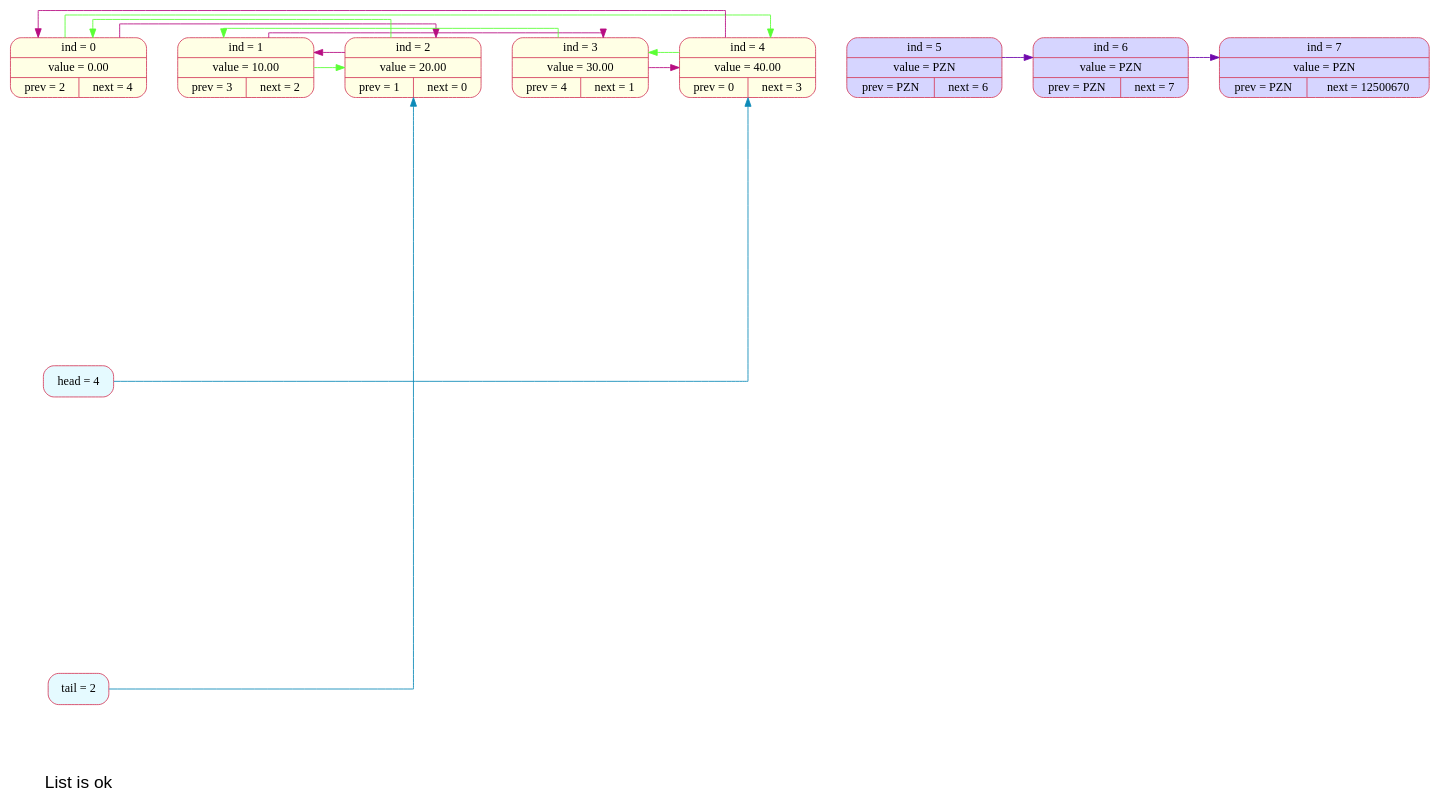
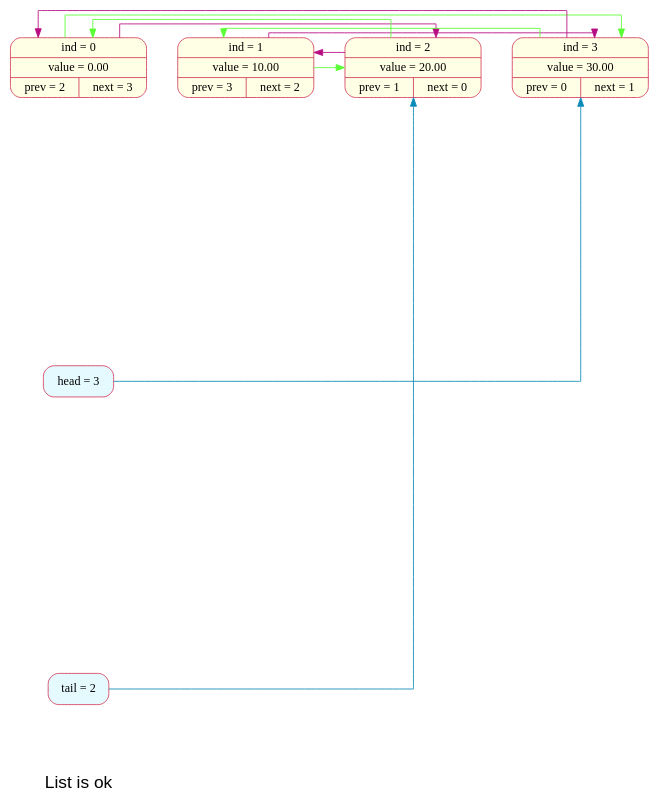
Before and after one commit to Pshonechka/List: the diagram in graph_4.dot, drawn with Graphviz. The commit also changed 21 other files, not shown here.

```diff
--- a/graph_4.dot
+++ b/graph_4.dot
@@ -1,42 +1,30 @@
 digraph G {
 	header [shape=plaintext, label = "List is ok", fontsize = 20, fontname = Arial, fontcolor="#000000ff"];
 	graph [splines=ortho];
 	nodesep=1.0;
 	rankdir=LR;
-	node_0 [rank=1; shape=Mrecord; style=filled; fillcolor="#ffffe5ff"; color = "#d44060ff"; label=" ind = 0 | value = 0.00 |{prev = 2 | next = 4}"];
+	node_0 [rank=1; shape=Mrecord; style=filled; fillcolor="#ffffe5ff"; color = "#d44060ff"; label=" ind = 0 | value = 0.00 |{prev = 2 | next = 3}"];
 	node_1 [rank=1; shape=Mrecord; style=filled; fillcolor="#ffffe5ff"; color = "#d44060ff"; label=" ind = 1 | value = 10.00 |{prev = 3 | next = 2}"];
 	node_2 [rank=1; shape=Mrecord; style=filled; fillcolor="#ffffe5ff"; color = "#d44060ff"; label=" ind = 2 | value = 20.00 |{prev = 1 | next = 0}"];
-	node_3 [rank=1; shape=Mrecord; style=filled; fillcolor="#ffffe5ff"; color = "#d44060ff"; label=" ind = 3 | value = 30.00 |{prev = 4 | next = 1}"];
-	node_4 [rank=1; shape=Mrecord; style=filled; fillcolor="#ffffe5ff"; color = "#d44060ff"; label=" ind = 4 | value = 40.00 |{prev = 0 | next = 3}"];
-	node_5 [rank=1; shape=Mrecord; style=filled; fillcolor="#d6d5ffff"; color = "#d44060ff"; label=" ind = 5 | value = PZN |{prev = PZN | next = 6}"];
-	node_6 [rank=1; shape=Mrecord; style=filled; fillcolor="#d6d5ffff"; color = "#d44060ff"; label=" ind = 6 | value = PZN |{prev = PZN | next = 7}"];
-	node_7 [rank=1; shape=Mrecord; style=filled; fillcolor="#d6d5ffff"; color = "#d44060ff"; label=" ind = 7 | value = PZN |{prev = PZN | next = 12500670}"];
+	node_3 [rank=1; shape=Mrecord; style=filled; fillcolor="#ffffe5ff"; color = "#d44060ff"; label=" ind = 3 | value = 30.00 |{prev = 0 | next = 1}"];
 	edge [color="#FFFFFF", fontcolor="#000000"];
 	node_0 -> node_1 [weight=1000, style="invis"];
 	node_1 -> node_2 [weight=1000, style="invis"];
 	node_2 -> node_3 [weight=1000, style="invis"];
-	node_3 -> node_4 [weight=1000, style="invis"];
-	node_4 -> node_5 [weight=1000, style="invis"];
-	node_5 -> node_6 [weight=1000, style="invis"];
-	node_6 -> node_7 [weight=1000, style="invis"];
 	edge [color="#5aff35ff", fontcolor="#000000", constraint=false];
-	node_0 -> node_4;
+	node_0 -> node_3;
 	node_1 -> node_2;
 	node_2 -> node_0;
 	node_3 -> node_1;
-	node_4 -> node_3;
 	edge [color="#7009acff", fontcolor="#000000", constraint=false];
-	node_5 -> node_6;
-	node_6 -> node_7;
 	edge [color="#b80d82ff", fontcolor="#000000", constraint=false];
 	node_0 -> node_2;
 	node_1 -> node_3;
 	node_2 -> node_1;
-	node_3 -> node_4;
-	node_4 -> node_0;
-	head [rank=1; shape=Mrecord; style=filled; fillcolor="#e5faffff";color = "#d44060ff"; label="head = 4"];
+	node_3 -> node_0;
+	head [rank=1; shape=Mrecord; style=filled; fillcolor="#e5faffff";color = "#d44060ff"; label="head = 3"];
 	tail [rank=1; shape=Mrecord; style=filled; fillcolor="#e5faffff";color = "#d44060ff"; label="tail = 2"];
 	edge [color="#0d8ab8ff", fontcolor="#000000", constraint=false];
-	head -> node_4;
+	head -> node_3;
 	tail -> node_2;
 }
```
